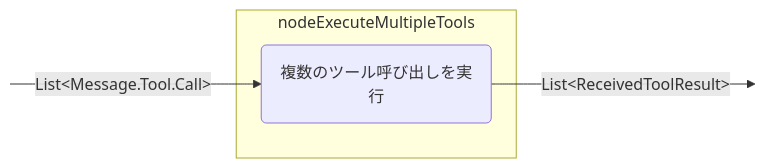
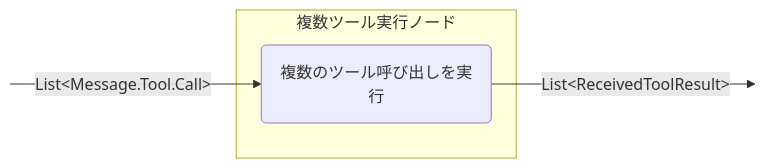
Diagram 13 of 15 in docs/ja/koog/nodes-and-components.md (BinaryTape/Open-Docs), drawn with Mermaid before and after one commit. The commit also changed other lines of this file and 164 other files, not shown here.

````diff
--- a/docs/ja/koog/nodes-and-components.md
+++ b/docs/ja/koog/nodes-and-components.md
@@ -709,13 +708,13 @@
 ```mermaid
 graph LR
     in:::hidden
     out:::hidden
     
-    subgraph node ["nodeExecuteMultipleTools"]
+    subgraph node ["複数ツール実行ノード"]
         execute(複数のツール呼び出しを実行)
     end
     
     in -- "List&lt;Message.Tool.Call&gt;" --> execute -- "List&lt;ReceivedToolResult&gt;" --> out
 
     classDef hidden display: none;
 ```
````
